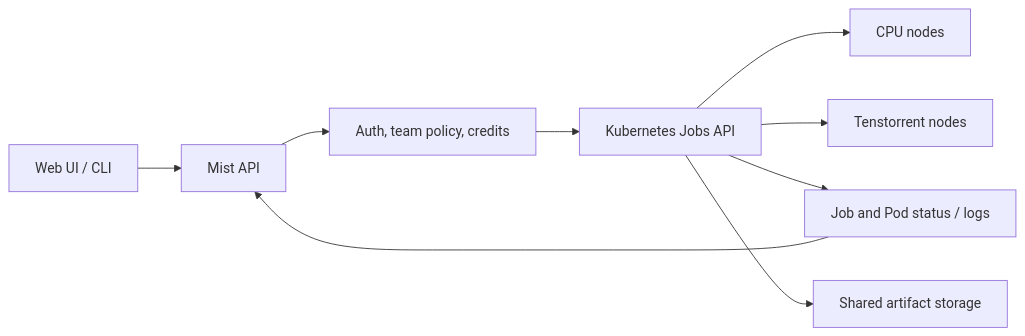
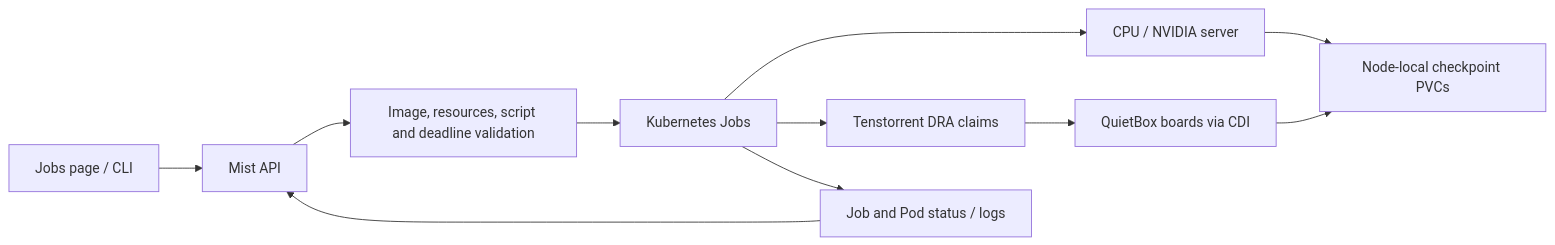
One commit to UTMIST/Mist changed the diagram in docs/kubernetes-pilot.md. Above: the diagram before and after it, drawn with Mermaid. The commit also changed other lines of this file and 48 other files, not shown here.

````diff
--- a/docs/kubernetes-pilot.md
+++ b/docs/kubernetes-pilot.md
@@ -14,11 +16,13 @@
 ```mermaid
 flowchart LR
-    User[Web UI / CLI] --> API[Mist API]
-    API --> Policy[Auth, team policy, credits]
-    Policy --> Jobs[Kubernetes Jobs API]
-    Jobs --> CPU[CPU nodes]
-    Jobs --> TT[Tenstorrent nodes]
+    User[Jobs page / CLI] --> API[Mist API]
+    API --> Validate[Image, resources, script and deadline validation]
+    Validate --> Jobs[Kubernetes Jobs]
+    Jobs --> NVIDIA[CPU / NVIDIA server]
+    Jobs --> Claims[Tenstorrent DRA claims]
+    Claims --> TT[QuietBox boards via CDI]
     Jobs --> State[Job and Pod status / logs]
     State --> API
-    Jobs --> Artifacts[Shared artifact storage]
+    NVIDIA --> Artifacts[Node-local checkpoint PVCs]
+    TT --> Artifacts
 ```
````
